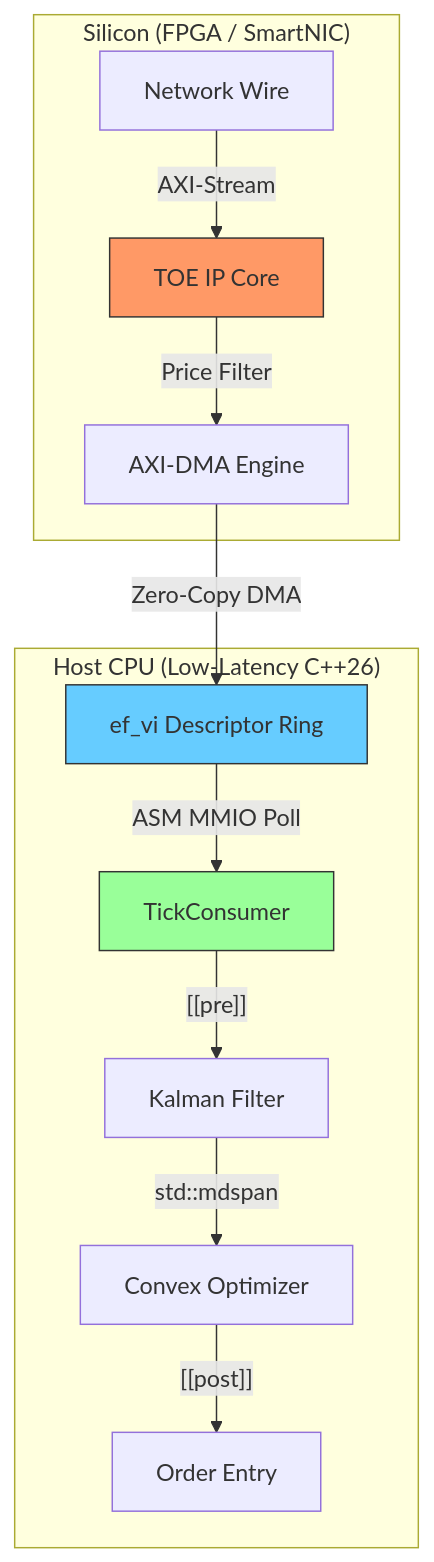
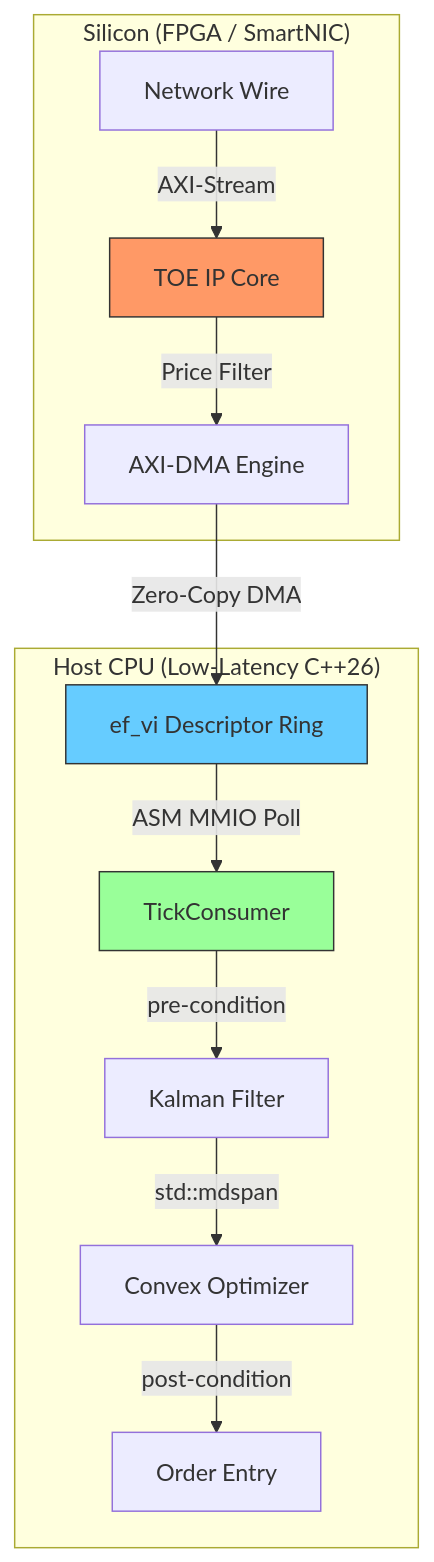
Before and after one commit to sm2774us/signal_processing_in_finance: the diagram in README.md, drawn with Mermaid. The commit also changed 3 other files, not shown here.

Commit message:
Weld it shut: Fix LaTeX and Mermaid syntax for both GitHub and Doxygen rendering

````diff
--- a/README.md
+++ b/README.md
@@ -105,17 +105,17 @@
 ```mermaid
 graph TD
     subgraph "Silicon (FPGA / SmartNIC)"
         A[Network Wire] -->|AXI-Stream| B[TOE IP Core]
         B -->|Price Filter| C[AXI-DMA Engine]
     end
     subgraph "Host CPU (Low-Latency C++26)"
         C -->|Zero-Copy DMA| D[ef_vi Descriptor Ring]
         D -->|ASM MMIO Poll| E[TickConsumer]
-        E -->|"[[pre]]"| F[Kalman Filter]
+        E -->|pre-condition| F[Kalman Filter]
         F -->|std::mdspan| G[Convex Optimizer]
-        G -->|"[[post]]"| H[Order Entry]
+        G -->|post-condition| H[Order Entry]
     end
     style B fill:#f96,stroke:#333
     style D fill:#6cf,stroke:#333
     style E fill:#9f9,stroke:#333
 ```
````
